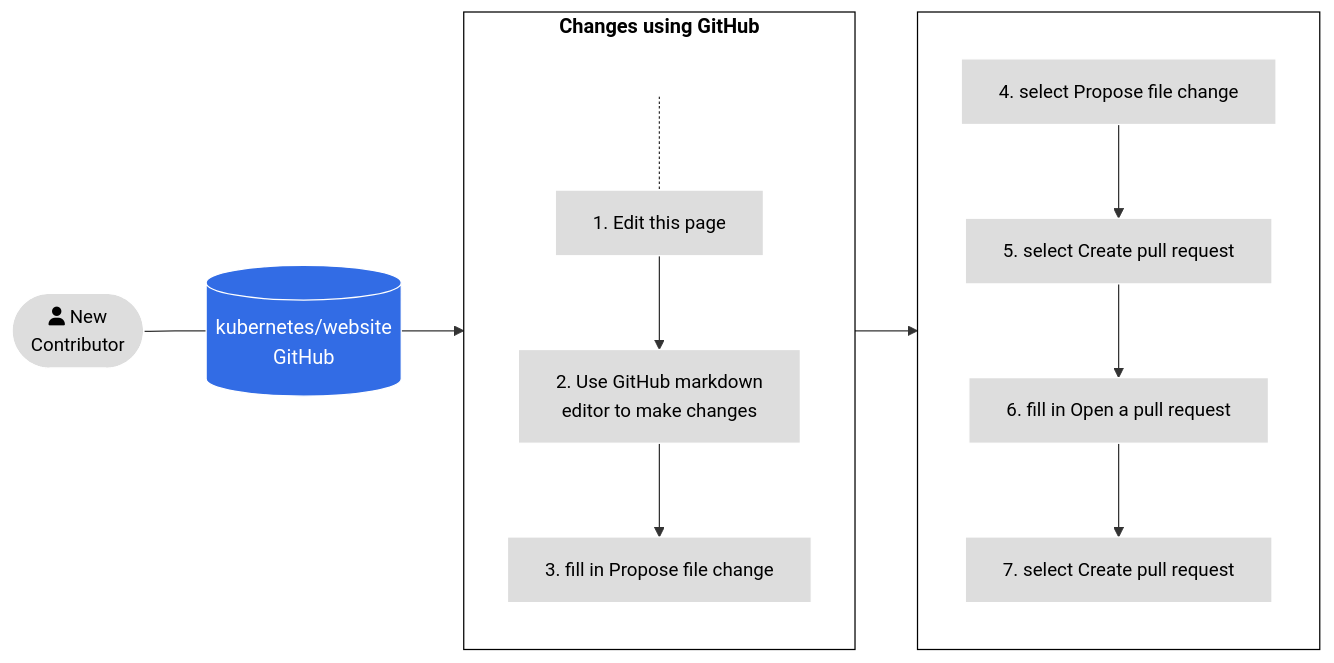
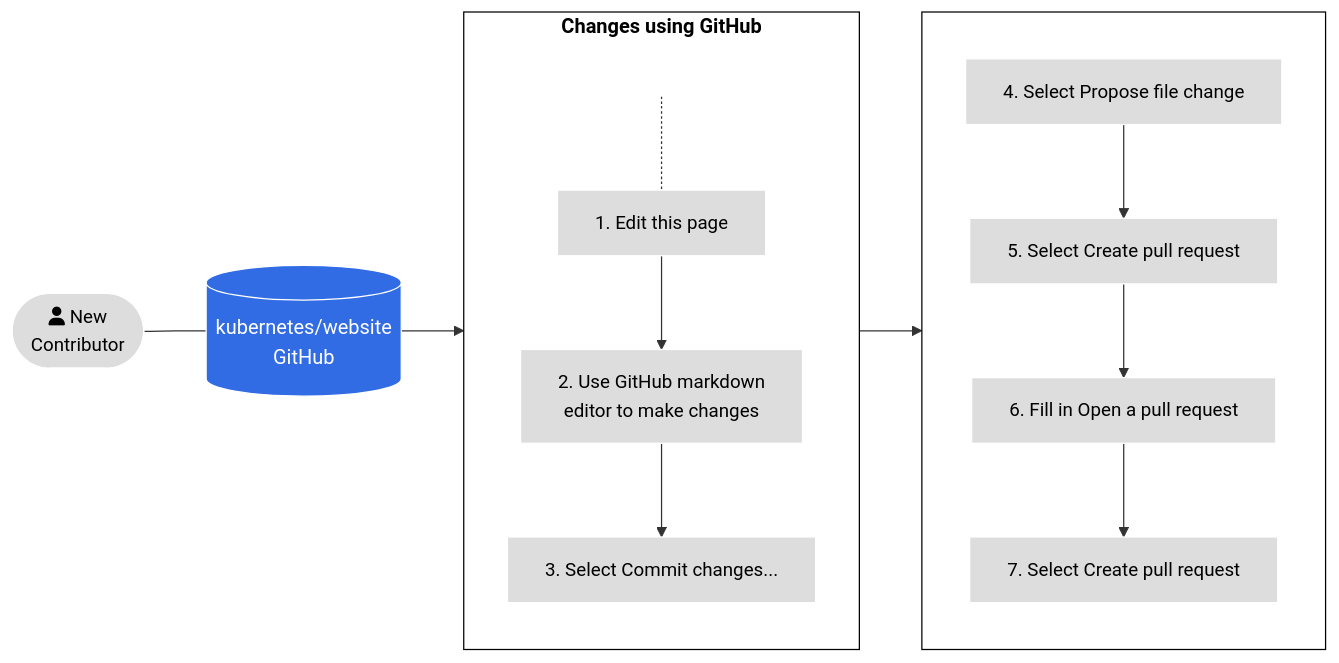
Before and after one commit to kubernetes/website: the first of 3 diagrams in content/en/docs/contribute/new-content/open-a-pr.md, drawn with Mermaid. The commit also changed other lines of this file, not shown here.

```diff
--- a/content/en/docs/contribute/new-content/open-a-pr.md
+++ b/content/en/docs/contribute/new-content/open-a-pr.md
@@ -38,27 +38,27 @@
 {{< mermaid >}}
 flowchart LR
 A([fa:fa-user New<br>Contributor]) --- id1[(kubernetes/website<br>GitHub)]
 subgraph tasks[Changes using GitHub]
 direction TB
     0[ ] -.-
     1[1. Edit this page] --> 2[2. Use GitHub markdown<br>editor to make changes]
-    2 --> 3[3. fill in Propose file change]
+    2 --> 3[3. Select Commit changes...]
 
 end
 subgraph tasks2[ ]
 direction TB
-4[4. select Propose file change] --> 5[5. select Create pull request] --> 6[6. fill in Open a pull request]
-6 --> 7[7. select Create pull request] 
+4[4. Select Propose file change] --> 5[5. Select Create pull request] --> 6[6. Fill in Open a pull request]
+6 --> 7[7. Select Create pull request] 
 end
 
 id1 --> tasks --> tasks2
 
 classDef grey fill:#dddddd,stroke:#ffffff,stroke-width:px,color:#000000, font-size:15px;
 classDef white fill:#ffffff,stroke:#000,stroke-width:px,color:#000,font-weight:bold
 classDef k8s fill:#326ce5,stroke:#fff,stroke-width:1px,color:#fff;
 classDef spacewhite fill:#ffffff,stroke:#fff,stroke-width:0px,color:#000
 class A,1,2,3,4,5,6,7 grey
 class 0 spacewhite
 class tasks,tasks2 white
 class id1 k8s
 {{</ mermaid >}}
```
